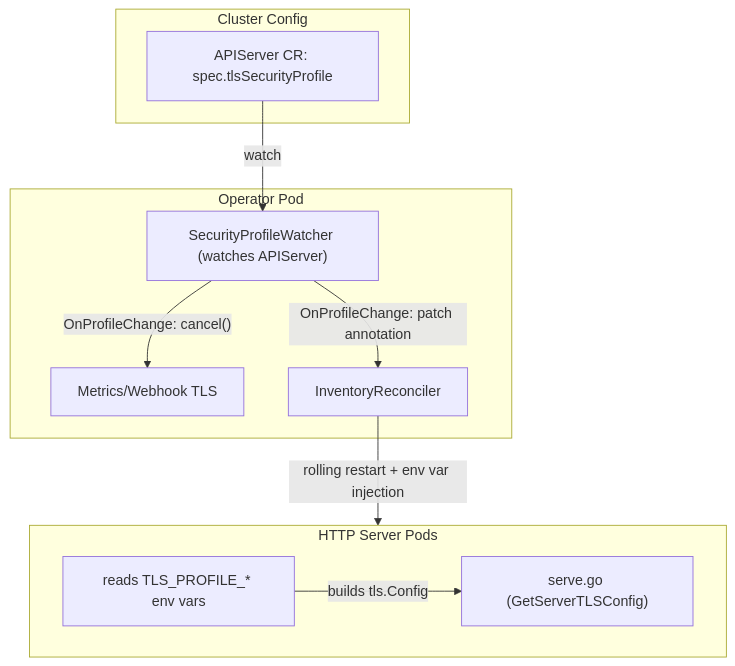
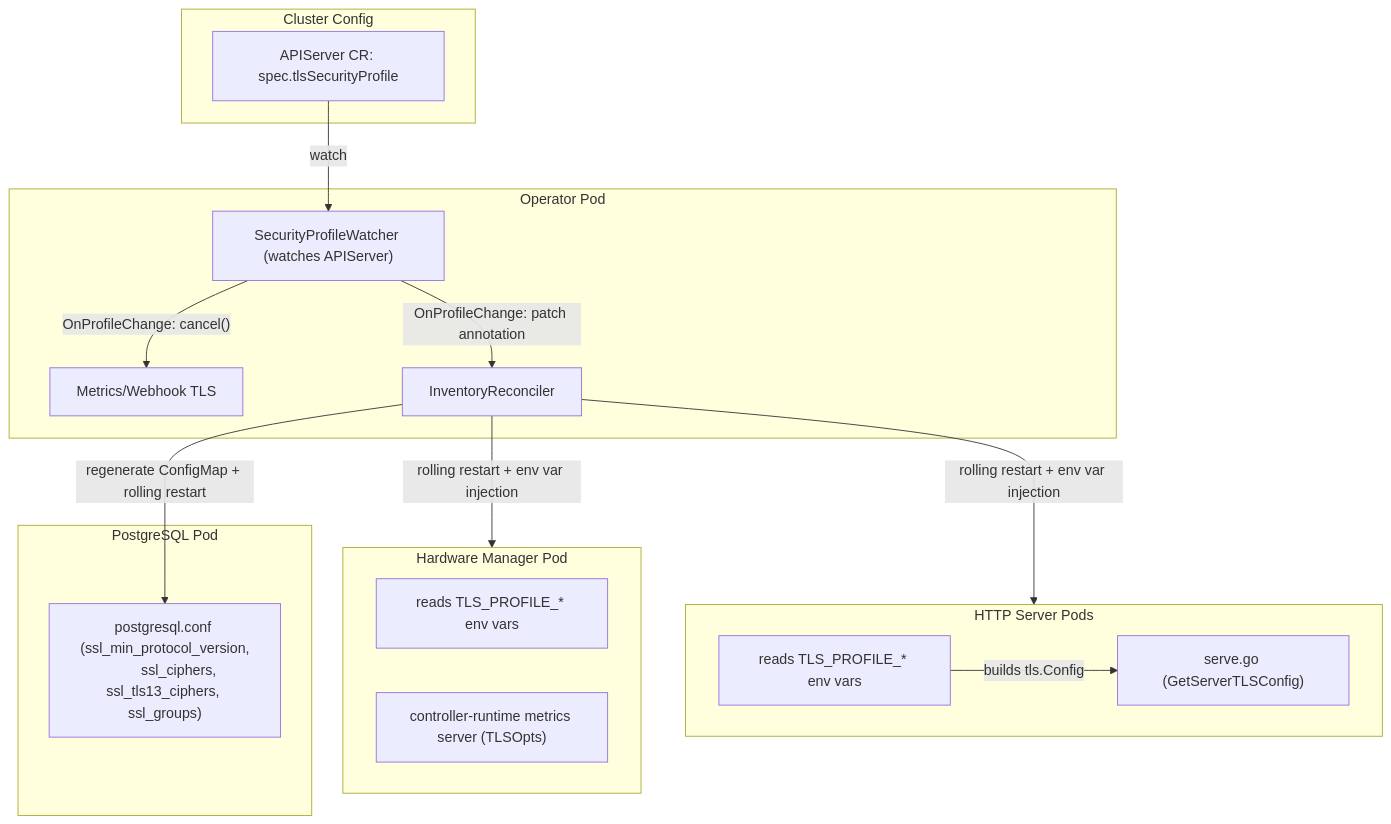
The first of 2 diagrams in docs/dev/tls-configuration.md (openshift-kni/oran-o2ims), drawn with Mermaid before and after one commit. The commit also changed other lines of this file, not shown here.

First line of the commit message:
Document PostgreSQL TLS profile enforcement and scanner results

````diff
--- a/docs/dev/tls-configuration.md
+++ b/docs/dev/tls-configuration.md
@@ -88,23 +88,36 @@
 ```mermaid
 flowchart TB
     subgraph cluster_cfg["Cluster Config"]
         APIServerRes["APIServer CR: spec.tlsSecurityProfile"]
     end
 
     subgraph operator_pod["Operator Pod"]
         Watcher["SecurityProfileWatcher (watches APIServer)"]
         MgrTLS["Metrics/Webhook TLS"]
         Reconciler["InventoryReconciler"]
     end
 
     subgraph http_pods["HTTP Server Pods"]
         EnvRead["reads TLS_PROFILE_* env vars"]
         Serve["serve.go (GetServerTLSConfig)"]
     end
 
+    subgraph hw_mgr_pod["Hardware Manager Pod"]
+        HWEnvRead["reads TLS_PROFILE_* env vars"]
+        HWMgr["controller-runtime metrics server (TLSOpts)"]
+    end
+
+    subgraph postgres_pod["PostgreSQL Pod"]
+        PGConf["postgresql.conf (ssl_min_protocol_version,
+        ssl_ciphers, ssl_tls13_ciphers, ssl_groups)"]
+    end
+
+
     APIServerRes -->|"watch"| Watcher
     Watcher -->|"OnProfileChange: cancel()"| MgrTLS
     Watcher -->|"OnProfileChange: patch annotation"| Reconciler
     Reconciler -->|"rolling restart + env var injection"| http_pods
+    Reconciler -->|"rolling restart + env var injection"| hw_mgr_pod
+    Reconciler -->|"regenerate ConfigMap + rolling restart"| PGConf
     EnvRead -->|"builds tls.Config"| Serve
 ```
````
